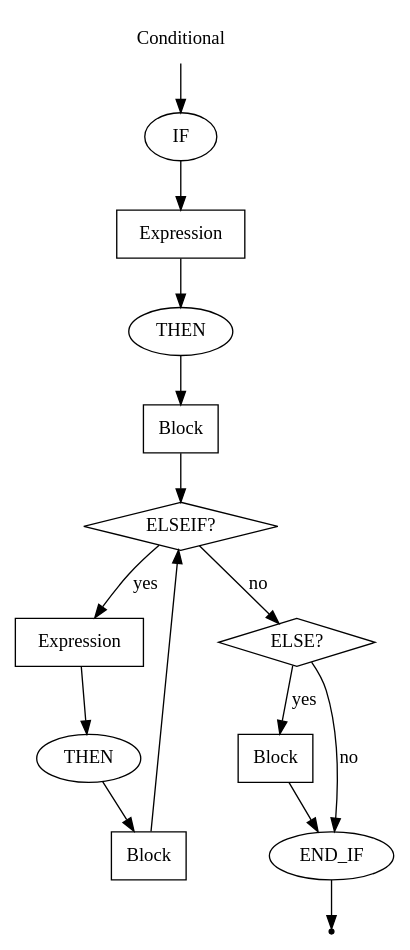
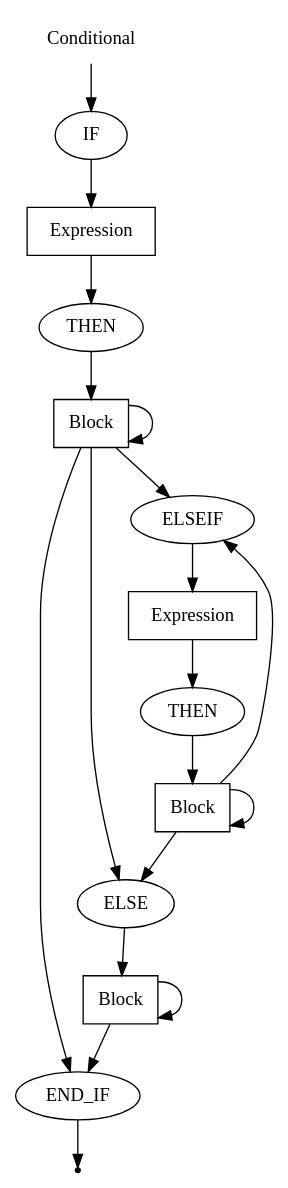
The diagram in DSLTools/examples/PSECO_NEW/wirth/Conditional.gv (EgorGoluzin/DSL), drawn with Graphviz before and after one commit. The commit also changed 41 other files, not shown here.

```diff
--- a/DSLTools/examples/PSECO_NEW/wirth/Conditional.gv
+++ b/DSLTools/examples/PSECO_NEW/wirth/Conditional.gv
@@ -1,33 +1,33 @@
 digraph Conditional {
   start [label="Conditional" shape=plaintext];
-  end [label="" shape=point];
-
   A [label="IF" shape=oval];
   B [label="Expression" shape=box];
   C [label="THEN" shape=oval];
   D [label="Block" shape=box];
-  E [label="ELSEIF?" shape=diamond];
-  F [label="Expression" shape=box];
-  G [label="THEN" shape=oval];
+  F [label="END_IF" shape=oval];
+  G [label="ELSE" shape=oval];
   H [label="Block" shape=box];
-  I [label="ELSE?" shape=diamond];
-  J [label="Block" shape=box];
-  K [label="END_IF" shape=oval];
-
+  I [label="ELSEIF" shape=oval];
+  J [label="Expression" shape=box];
+  K [label="THEN" shape=oval];
+  L [label="Block" shape=box];
+  end [label="" shape=point];
   start -> A;
   A -> B;
   B -> C;
   C -> D;
-  D -> E;
-
-  E -> F [label="yes"];
-  F -> G;
+  D -> I;
+  D -> G;
+  D -> F;
+  D -> D;
   G -> H;
-  H -> E;
-
-  E -> I [label="no"];
-  I -> J [label="yes"];
+  H -> F;
+  H -> H;
+  I -> J;
   J -> K;
-  I -> K [label="no"];
-  K -> end;
+  K -> L;
+  L -> I;
+  L -> G;
+  L -> L;
+  F -> end;
 }
```
